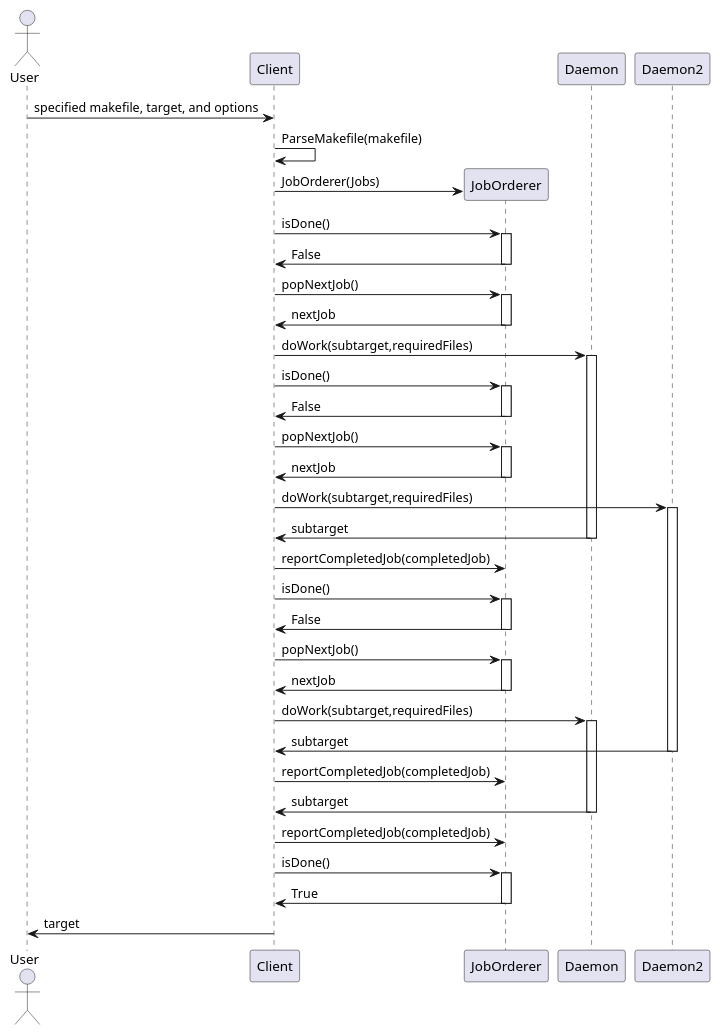
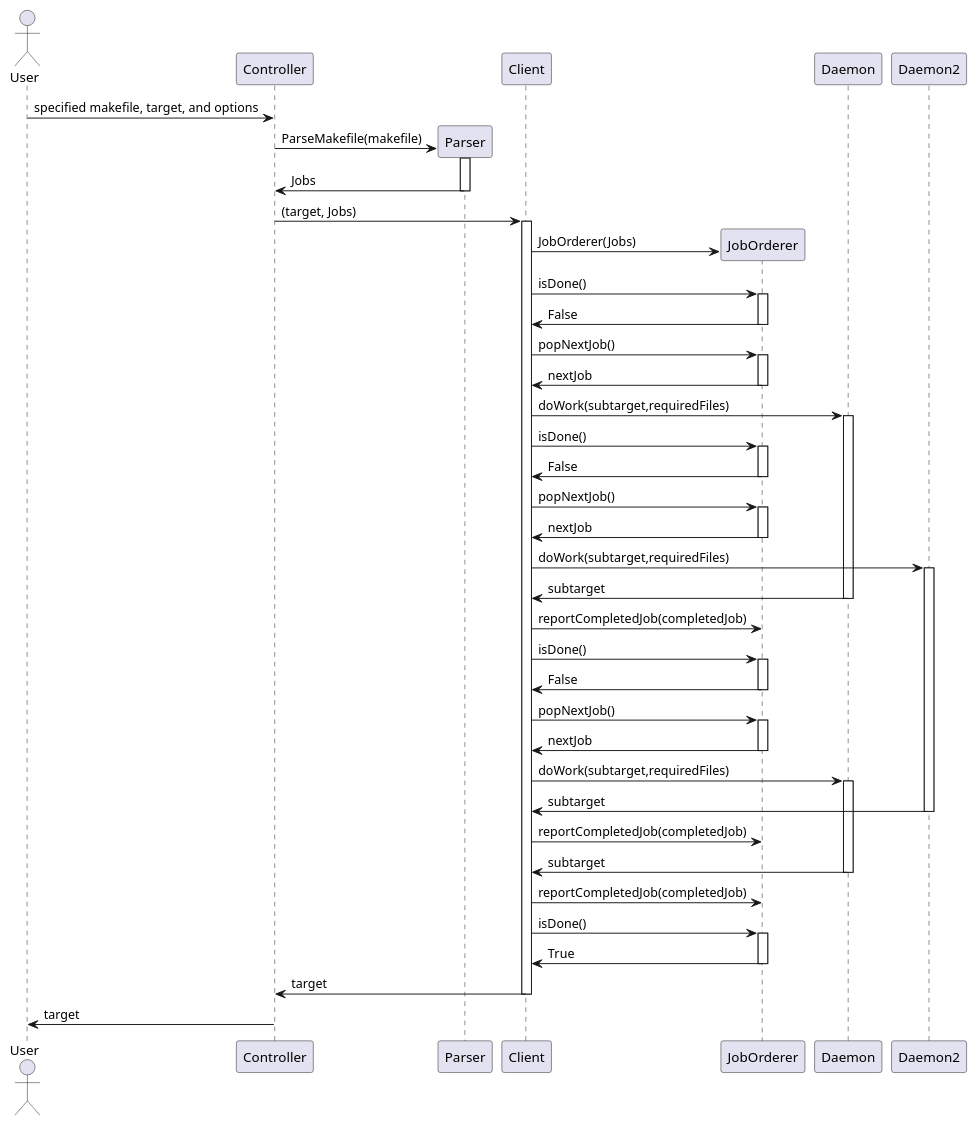
The diagram in Sequence/Sequence1.plantuml (cs130-w21/1), drawn with PlantUML before and after one commit.

Commit message:
Added Controller and Parser entity.

```diff
--- a/Sequence/Sequence1.plantuml
+++ b/Sequence/Sequence1.plantuml
@@ -1,74 +1,81 @@
 @startuml
 
 /'
 This sequence diagram was created to emphasize that the client did not have to wait for
 one daemon to finish doing its work before assigning work to another daemon. Client will
 continuously give out jobs as long as there are daemons to do them.
 '/
 
 actor User
 
-User -> Client: specified makefile, target, and options
-Client -> Client: ParseMakefile(makefile)
+User -> Controller: specified makefile, target, and options
 
+Controller -> Parser **: ParseMakefile(makefile)
+activate Parser
+Parser -> Controller : Jobs
+deactivate Parser
+Controller -> Client : (target, Jobs)
+activate Client
 Client -> JobOrderer **: JobOrderer(Jobs)
 
 
 Client -> JobOrderer : isDone()
 activate JobOrderer
 JobOrderer -> Client : False
 deactivate JobOrderer
 
 Client -> JobOrderer : popNextJob()
 activate JobOrderer
 JobOrderer -> Client : nextJob
 deactivate JobOrderer
 
 Client -> Daemon : doWork(subtarget,requiredFiles)
 activate Daemon 
 
 Client -> JobOrderer : isDone()
 activate JobOrderer
 JobOrderer -> Client : False
 deactivate JobOrderer
 
 Client -> JobOrderer : popNextJob()
 activate JobOrderer
 JobOrderer -> Client : nextJob
 deactivate JobOrderer
 
 Client -> Daemon2: doWork(subtarget,requiredFiles)
 activate Daemon2 
 
 Daemon -> Client : subtarget
 deactivate Daemon
 Client -> JobOrderer : reportCompletedJob(completedJob)
 
 Client -> JobOrderer : isDone()
 activate JobOrderer
 JobOrderer -> Client : False
 deactivate JobOrderer
 
 Client -> JobOrderer : popNextJob()
 activate JobOrderer
 JobOrderer -> Client : nextJob
 deactivate JobOrderer
 
 Client -> Daemon : doWork(subtarget,requiredFiles)
 activate Daemon 
 
 Daemon2 -> Client : subtarget
 deactivate Daemon2
 Client -> JobOrderer : reportCompletedJob(completedJob)
 
 Daemon -> Client : subtarget
 deactivate Daemon
 Client -> JobOrderer : reportCompletedJob(completedJob)
 
 Client -> JobOrderer : isDone()
 activate JobOrderer
 JobOrderer -> Client : True
 deactivate JobOrderer
 
-Client -> User : target
+Client -> Controller : target
+deactivate Client
+Controller -> User: target
 @enduml
```
